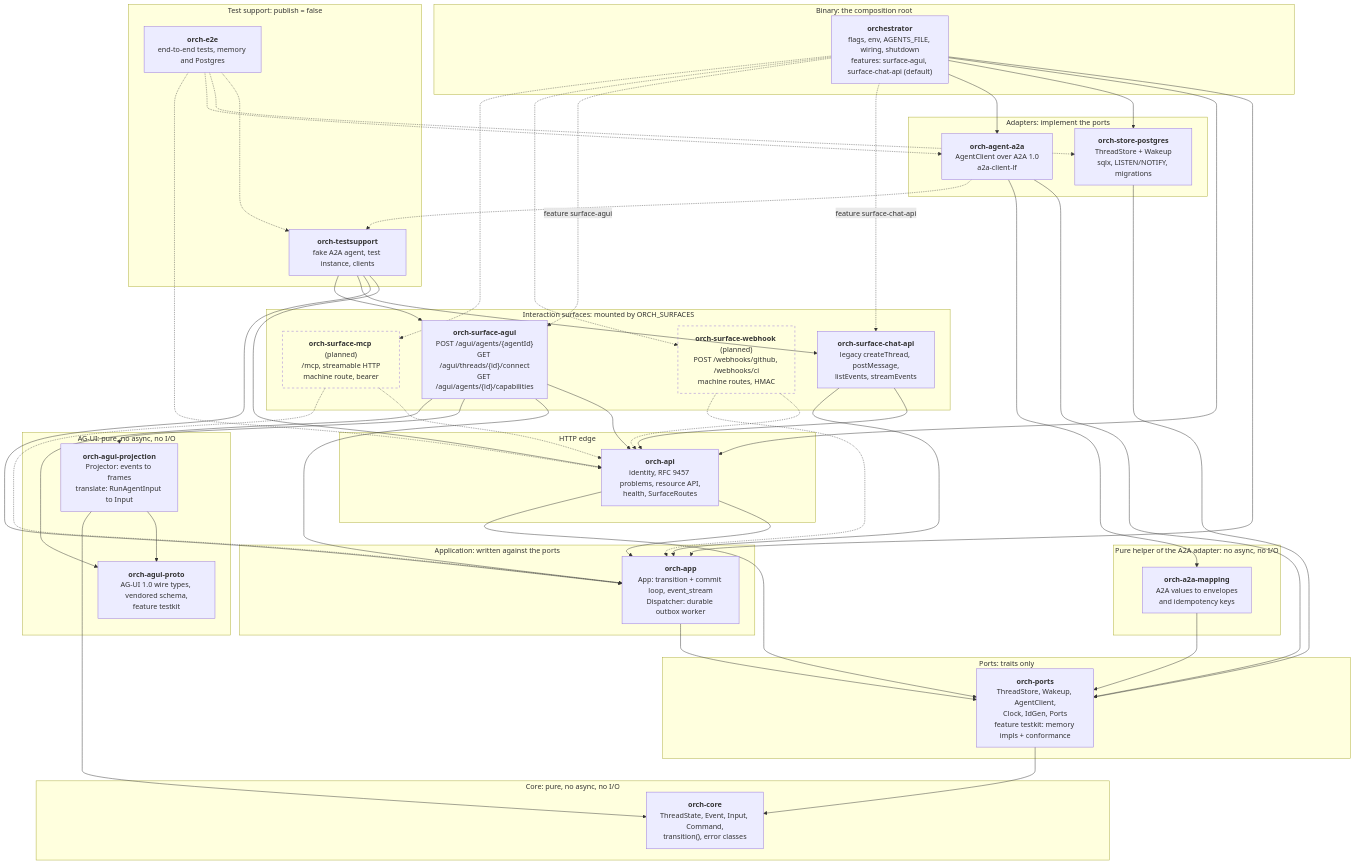
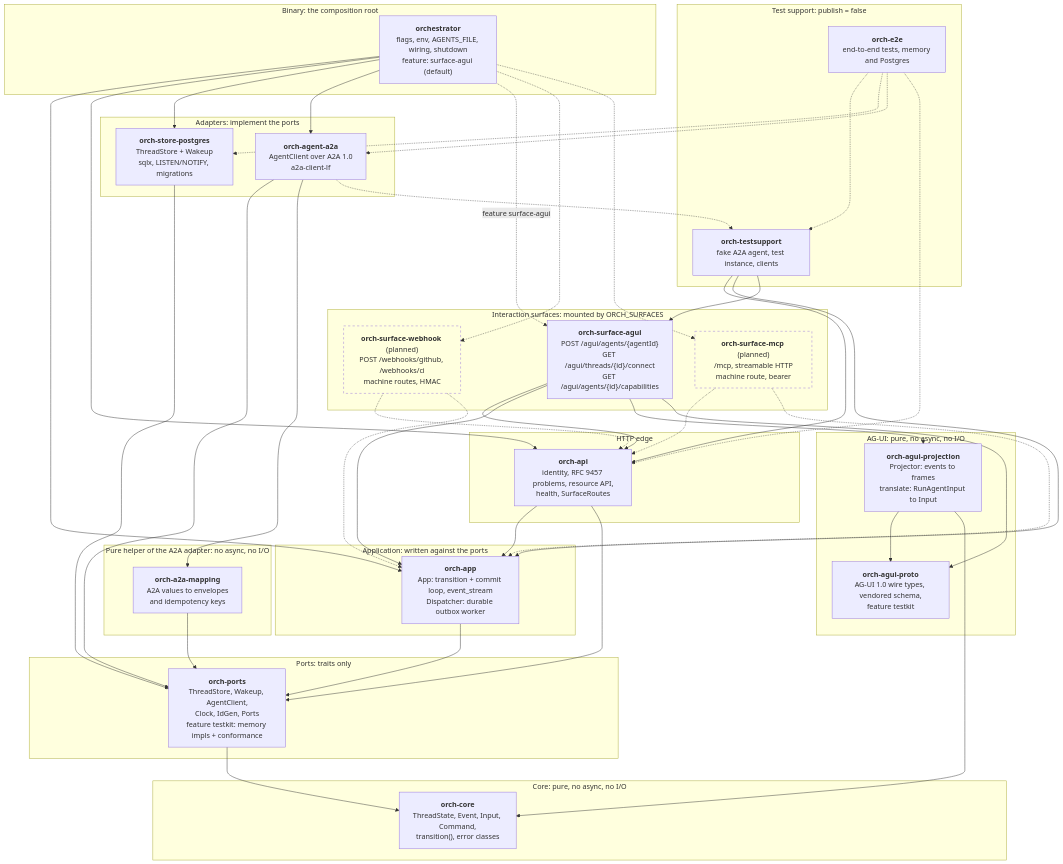
Before and after one commit to vymalo/another-agentic-system: the first of 13 diagrams in docs/orchestrator.md, drawn with Mermaid. The commit also changed other lines of this file and 60 other files, not shown here.

First line of the commit message:
refactor(orchestrator)!: remove the legacy chat API surface (#48)

````diff
--- a/docs/orchestrator.md
+++ b/docs/orchestrator.md
@@ -73,79 +73,74 @@
 ```mermaid
 flowchart TB
   subgraph G_CORE["Core: pure, no async, no I/O"]
     core["<b>orch-core</b><br/>ThreadState, Event, Input, Command,<br/>transition(), error classes"]
   end
   subgraph G_PORTS["Ports: traits only"]
     ports["<b>orch-ports</b><br/>ThreadStore, Wakeup, AgentClient,<br/>Clock, IdGen, Ports<br/>feature testkit: memory impls + conformance"]
   end
   subgraph G_ADAPT["Adapters: implement the ports"]
     pg["<b>orch-store-postgres</b><br/>ThreadStore + Wakeup<br/>sqlx, LISTEN/NOTIFY, migrations"]
     a2a["<b>orch-agent-a2a</b><br/>AgentClient over A2A 1.0<br/>a2a-client-lf"]
   end
   subgraph G_MAP["Pure helper of the A2A adapter: no async, no I/O"]
     a2amap["<b>orch-a2a-mapping</b><br/>A2A values to envelopes<br/>and idempotency keys"]
   end
   subgraph G_APP["Application: written against the ports"]
     app["<b>orch-app</b><br/>App: transition + commit loop, event_stream<br/>Dispatcher: durable outbox worker"]
   end
   subgraph G_EDGE["HTTP edge"]
     api["<b>orch-api</b><br/>identity, RFC 9457 problems, resource API,<br/>health, SurfaceRoutes"]
   end
   subgraph G_SURF["Interaction surfaces: mounted by ORCH_SURFACES"]
-    chat["<b>orch-surface-chat-api</b><br/>legacy createThread, postMessage,<br/>listEvents, streamEvents"]
     surfagui["<b>orch-surface-agui</b><br/>POST /agui/agents/{agentId}<br/>GET /agui/threads/{id}/connect<br/>GET /agui/agents/{id}/capabilities"]
     surfwh["<b>orch-surface-webhook</b> (planned)<br/>POST /webhooks/github, /webhooks/ci<br/>machine routes, HMAC"]:::planned
     surfmcp["<b>orch-surface-mcp</b> (planned)<br/>/mcp, streamable HTTP<br/>machine route, bearer"]:::planned
   end
   subgraph G_AGUI["AG-UI: pure, no async, no I/O"]
     proto["<b>orch-agui-proto</b><br/>AG-UI 1.0 wire types, vendored schema,<br/>feature testkit"]
     proj["<b>orch-agui-projection</b><br/>Projector: events to frames<br/>translate: RunAgentInput to Input"]
   end
   subgraph G_BIN["Binary: the composition root"]
-    bin["<b>orchestrator</b><br/>flags, env, AGENTS_FILE, wiring, shutdown<br/>features: surface-agui, surface-chat-api (default)"]
+    bin["<b>orchestrator</b><br/>flags, env, AGENTS_FILE, wiring, shutdown<br/>feature: surface-agui (default)"]
   end
   subgraph G_TEST["Test support: publish = false"]
     ts["<b>orch-testsupport</b><br/>fake A2A agent, test instance, clients"]
     e2e["<b>orch-e2e</b><br/>end-to-end tests, memory and Postgres"]
   end
 
   ports --> core
   pg --> ports
   a2a --> ports
   a2a --> a2amap
   a2amap --> ports
   app --> ports
   api --> app
   api --> ports
-  chat --> api
-  chat --> app
   proj --> proto
   proj --> core
   bin --> app
   bin --> api
   bin --> pg
   bin --> a2a
-  bin -. "feature surface-chat-api" .-> chat
   bin -. "feature surface-agui" .-> surfagui
   surfagui --> api
   surfagui --> app
   surfagui --> proj
   surfagui --> proto
   surfwh -.-> api
   surfwh -.-> app
   surfmcp -.-> api
   surfmcp -.-> app
   bin -.-> surfwh
   bin -.-> surfmcp
   ts --> api
   ts --> app
-  ts --> chat
   ts --> surfagui
   e2e -.-> ts
   e2e -.-> pg
   e2e -.-> a2a
   e2e -.-> api
   a2a -.-> ts
 
   classDef planned stroke-dasharray: 5 5,fill:none
 ```
````
